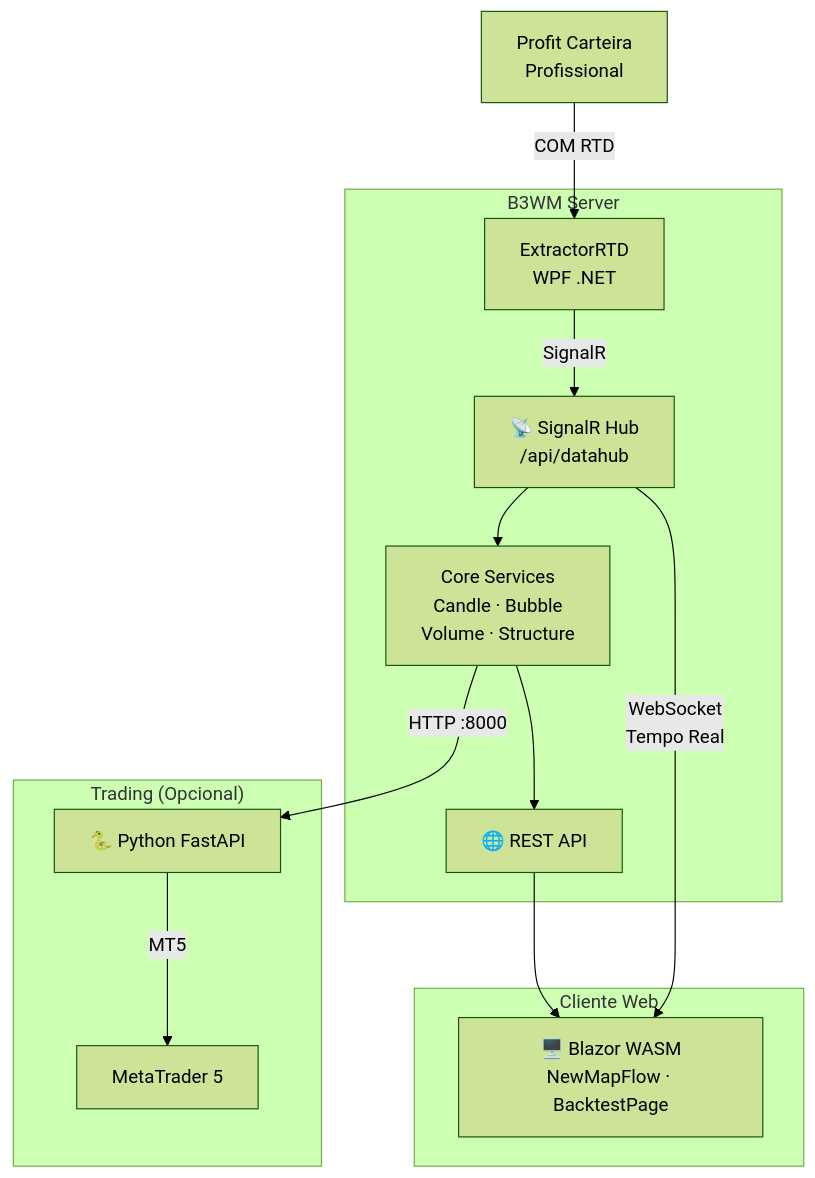
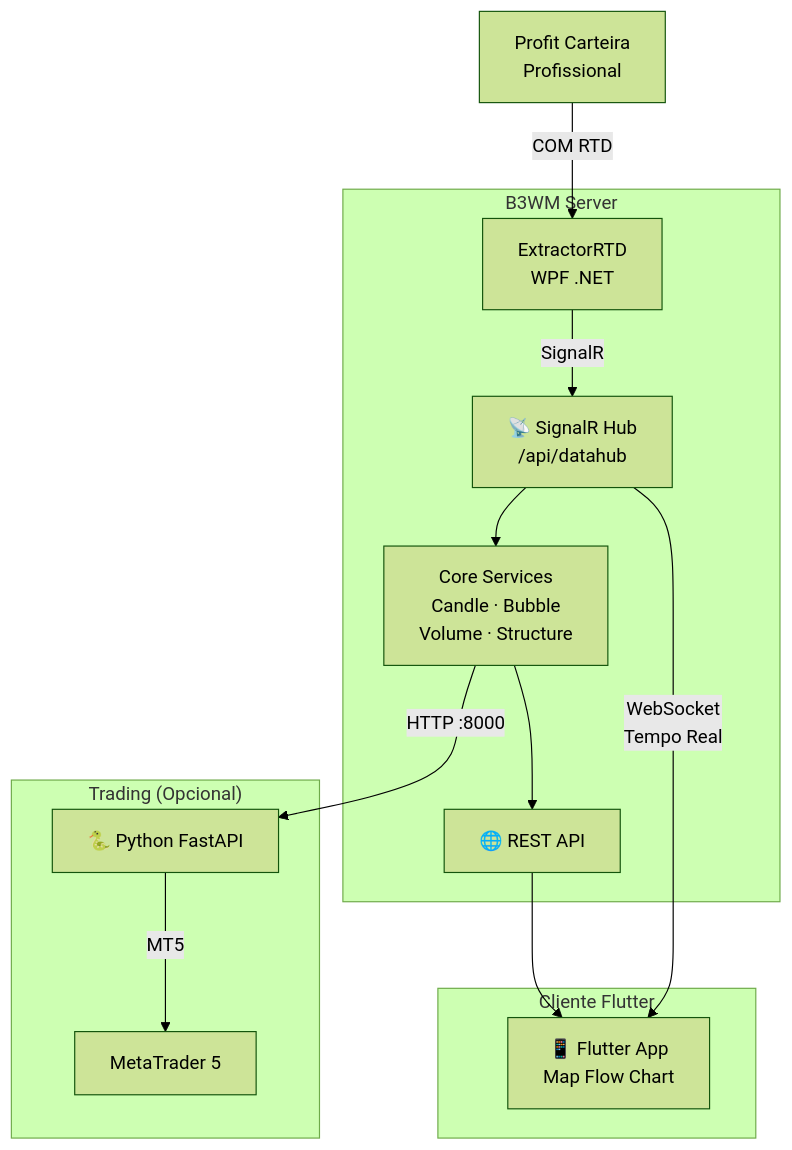
The second of 2 diagrams in README.md (WebMat-SA/B3WM), drawn with Mermaid (forest theme) before and after one commit. The commit also changed other lines of this file and 107 other files, not shown here.

First line of the commit message:
chore: remove Blazor WebAssembly frontend (substituted by Flutter)

````diff
--- a/README.md
+++ b/README.md
@@ -114,22 +114,22 @@
 ```mermaid
 graph TD
     PROFIT["Profit Carteira<br/>Profissional"]
 
     subgraph SERVER["B3WM Server"]
         EXTRACT["ExtractorRTD<br/>WPF .NET"] -->|SignalR| HUB["📡 SignalR Hub<br/>/api/datahub"]
         HUB --> CORE["Core Services<br/>Candle · Bubble<br/>Volume · Structure"]
         CORE --> REST["🌐 REST API"]
     end
 
-    subgraph CLIENTE["Cliente Web"]
-        REST --> WASM["🖥️ Blazor WASM<br/>NewMapFlow · BacktestPage"]
-        HUB -->|WebSocket<br/>Tempo Real| WASM
+    subgraph CLIENTE["Cliente Flutter"]
+        REST --> APP["📱 Flutter App<br/>Map Flow Chart"]
+        HUB -->|WebSocket<br/>Tempo Real| APP
     end
 
     subgraph TRADING["Trading (Opcional)"]
         PY["🐍 Python FastAPI"] -->|MT5| MT5["MetaTrader 5"]
         CORE -->|HTTP :8000| PY
     end
 
     PROFIT -->|COM RTD| EXTRACT
 ```
````
